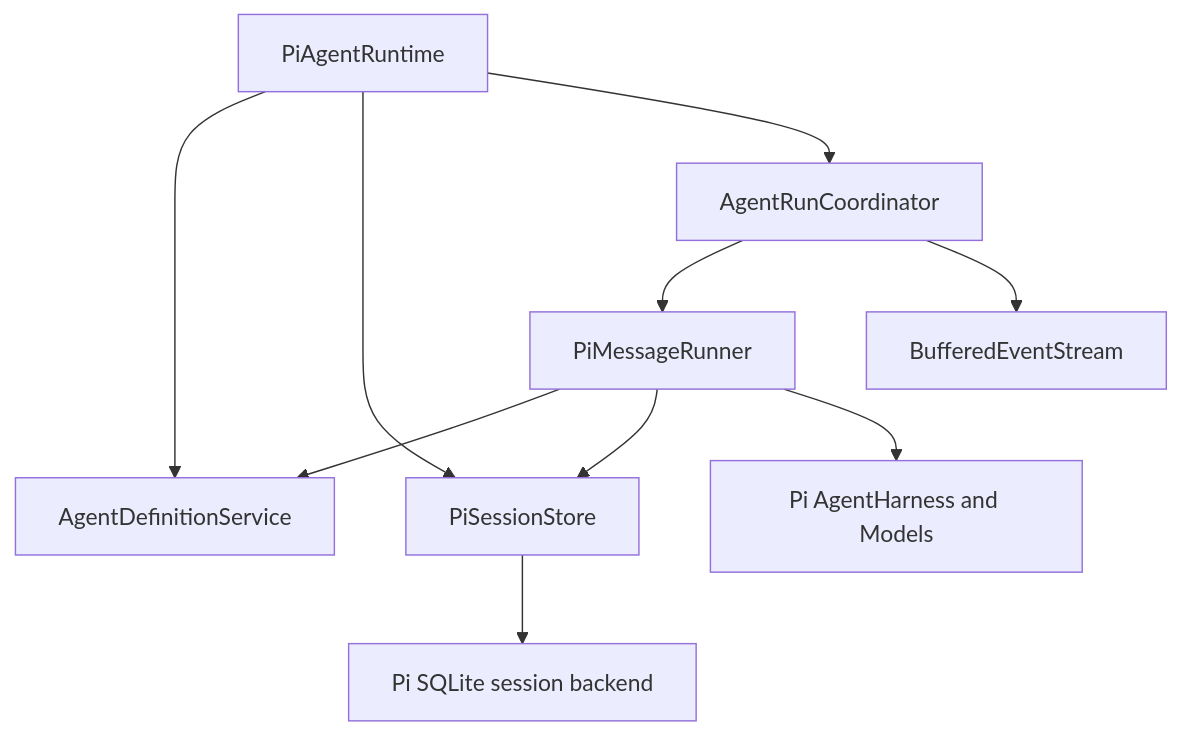
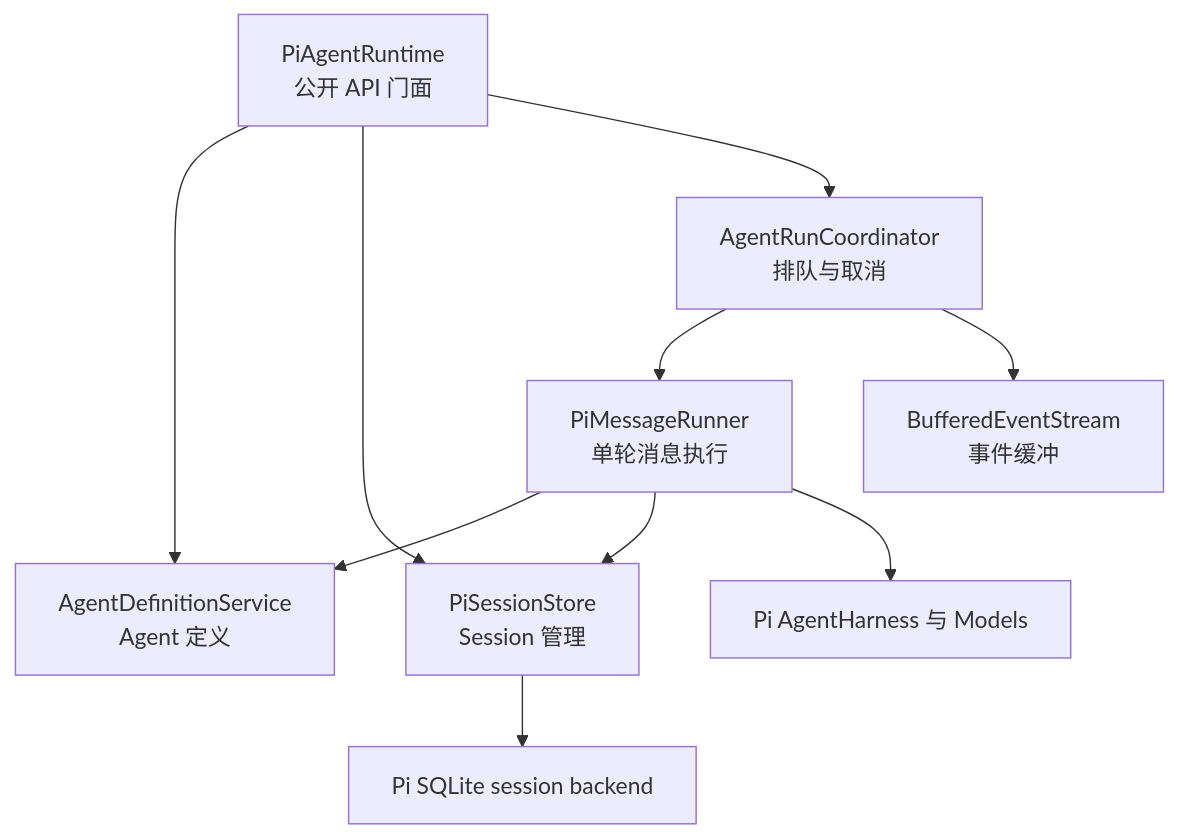
The first of 2 diagrams in docs/architecture.md (AllenLuuu/Peerly), drawn with Mermaid before and after one commit. The commit also changed other lines of this file and 20 other files, not shown here.

````diff
--- a/docs/architecture.md
+++ b/docs/architecture.md
@@ -29,12 +29,12 @@
 ```mermaid
 flowchart TD
-    Runtime[PiAgentRuntime] --> Definitions[AgentDefinitionService]
-    Runtime --> Sessions[PiSessionStore]
-    Runtime --> Coordinator[AgentRunCoordinator]
-    Coordinator --> Runner[PiMessageRunner]
+    Runtime[PiAgentRuntime<br/>公开 API 门面] --> Definitions[AgentDefinitionService<br/>Agent 定义]
+    Runtime --> Sessions[PiSessionStore<br/>Session 管理]
+    Runtime --> Coordinator[AgentRunCoordinator<br/>排队与取消]
+    Coordinator --> Runner[PiMessageRunner<br/>单轮消息执行]
     Runner --> Definitions
     Runner --> Sessions
-    Coordinator --> Stream[BufferedEventStream]
-    Runner --> Pi[Pi AgentHarness and Models]
+    Coordinator --> Stream[BufferedEventStream<br/>事件缓冲]
+    Runner --> Pi[Pi AgentHarness 与 Models]
     Sessions --> SQLite[Pi SQLite session backend]
 ```
````
